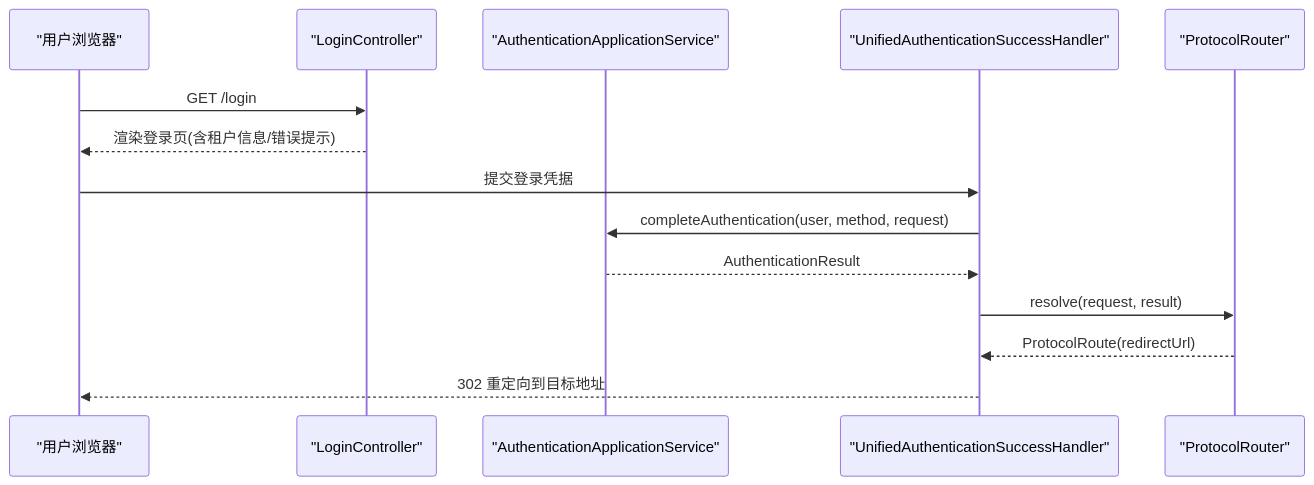
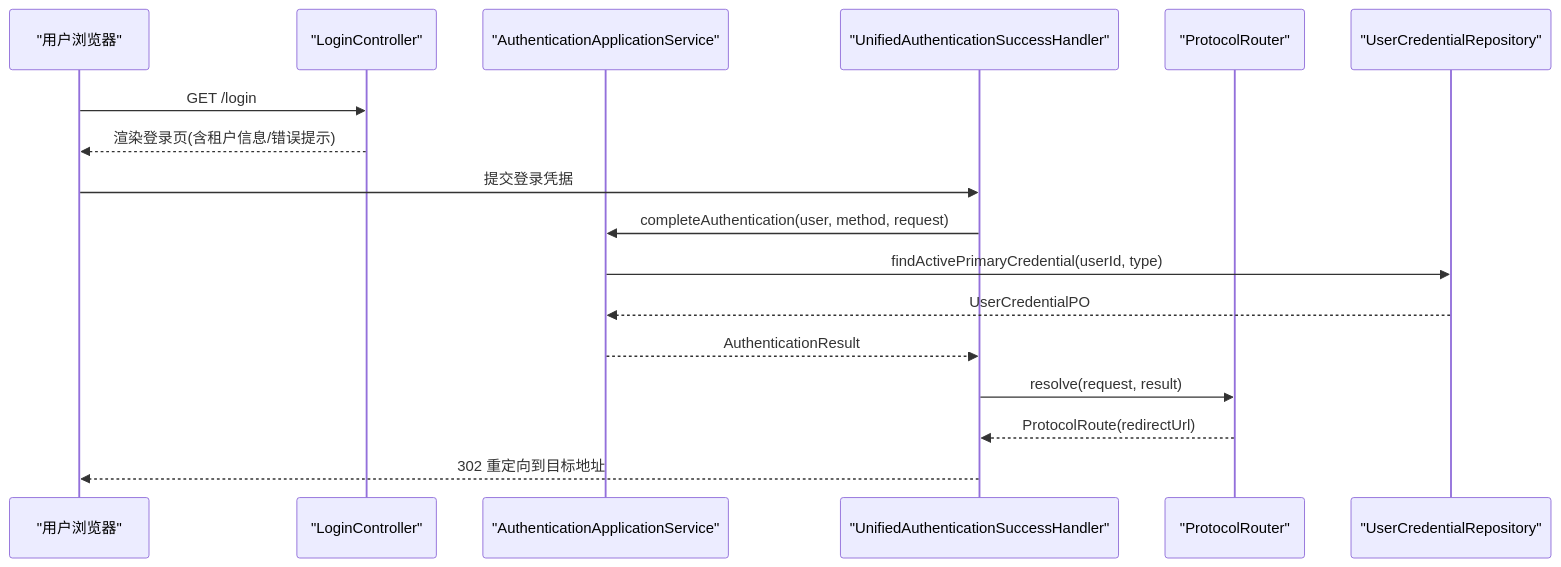
Before and after one commit to fq0121104930716/iam-platform: the sixth of 7 diagrams in .qoder/repowiki/zh/content/项目概述/核心功能/用户管理功能.md, drawn with Mermaid. The commit also changed other lines of this file and 46 other files, not shown here.

````diff
--- a/.qoder/repowiki/zh/content/项目概述/核心功能/用户管理功能.md
+++ b/.qoder/repowiki/zh/content/项目概述/核心功能/用户管理功能.md
@@ -346,16 +591,19 @@
 ```mermaid
 sequenceDiagram
 participant U as "用户浏览器"
 participant LC as "LoginController"
 participant AU as "AuthenticationApplicationService"
 participant UASH as "UnifiedAuthenticationSuccessHandler"
 participant PR as "ProtocolRouter"
+participant UCRA as "UserCredentialRepository"
 U->>LC : GET /login
 LC-->>U : 渲染登录页(含租户信息/错误提示)
 U->>UASH : 提交登录凭据
 UASH->>AU : completeAuthentication(user, method, request)
+AU->>UCRA : findActivePrimaryCredential(userId, type)
+UCRA-->>AU : UserCredentialPO
 AU-->>UASH : AuthenticationResult
 UASH->>PR : resolve(request, result)
 PR-->>UASH : ProtocolRoute(redirectUrl)
 UASH-->>U : 302 重定向到目标地址
 ```
````
